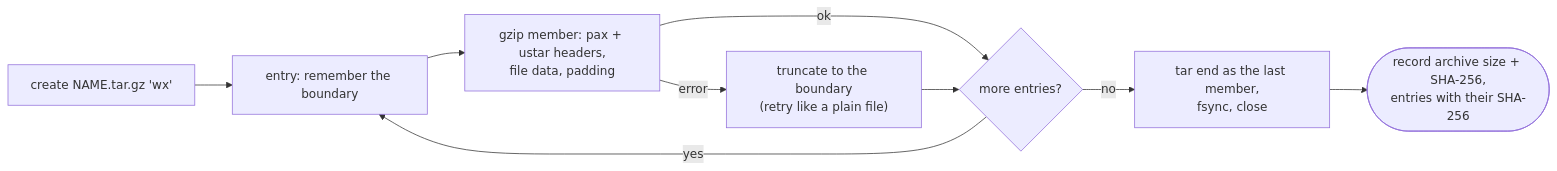
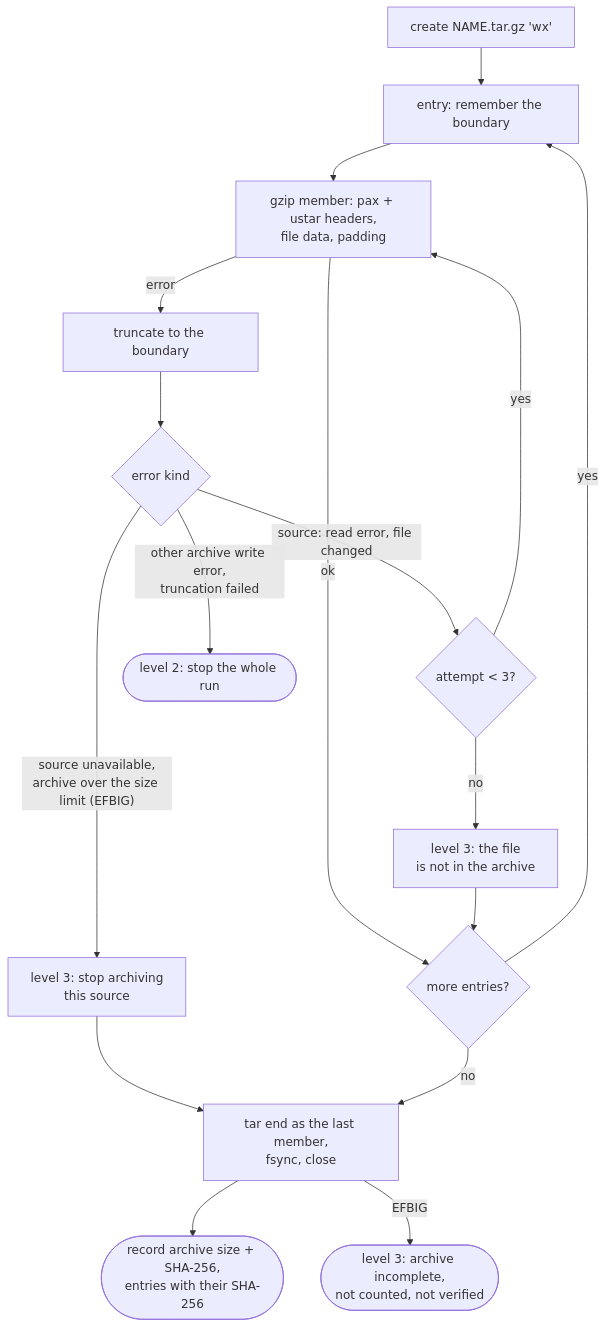
The fourth of 5 diagrams in docs/how-it-works.md (andrew2020wit/af-backup), drawn with Mermaid before and after one commit. The commit also changed other lines of this file and 2 other files, not shown here.

````diff
--- a/docs/how-it-works.md
+++ b/docs/how-it-works.md
@@ -122,11 +137,17 @@
 ```mermaid
-flowchart LR
+flowchart TD
   create["create NAME.tar.gz 'wx'"] --> entry["entry: remember the boundary"]
   entry --> member["gzip member: pax + ustar headers,<br/>file data, padding"]
   member -- ok --> next{"more entries?"}
-  member -- "error" --> truncate["truncate to the boundary<br/>(retry like a plain file)"]
-  truncate --> next
+  member -- error --> truncate["truncate to the boundary"]
+  truncate --> kind{"error kind"}
+  kind -- "source: read error, file changed" --> attempts{"attempt < 3?"}
+  attempts -- yes --> member
+  attempts -- no --> skipped["level 3: the file<br/>is not in the archive"] --> next
+  kind -- "source unavailable,<br/>archive over the size limit (EFBIG)" --> stop["level 3: stop archiving<br/>this source"] --> tarEnd
+  kind -- "other archive write error,<br/>truncation failed" --> fatal(["level 2: stop the whole run"])
   next -- yes --> entry
   next -- no --> tarEnd["tar end as the last member,<br/>fsync, close"]
   tarEnd --> recordArchive(["record archive size + SHA-256,<br/>entries with their SHA-256"])
+  tarEnd -- "EFBIG" --> incomplete(["level 3: archive incomplete,<br/>not counted, not verified"])
 ```
````
